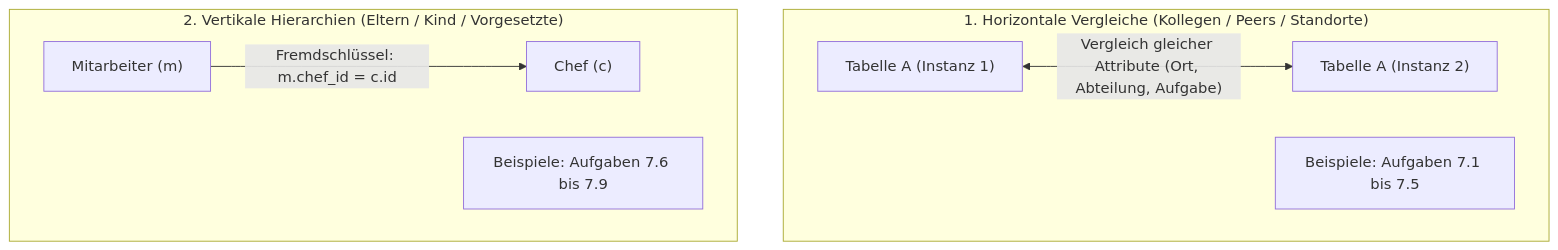
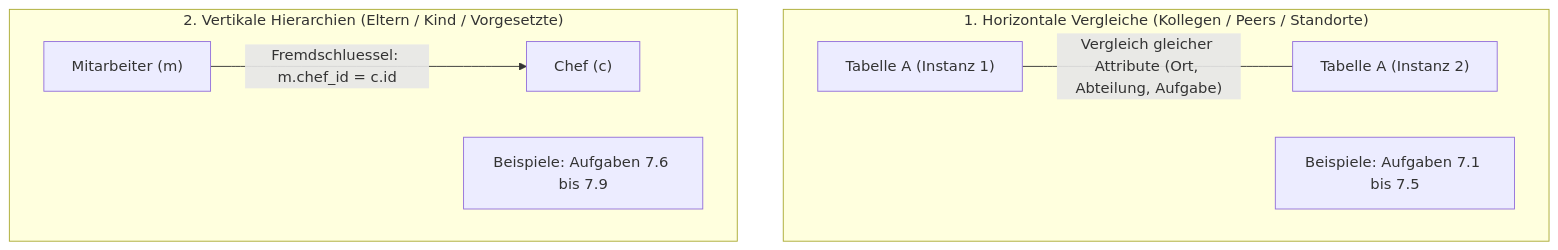
One commit to T-Boyke/SQL-Fundamentals changed the fourth of 5 diagrams in Day_16/readme.md. Above: the diagram before and after it, drawn with Mermaid. The commit also changed other lines of this file, not shown here.

Commit message:
fix(day16): sanitize mermaid diagrams syntax by removing html tags and complex classes for universal rendering

````diff
--- a/Day_16/readme.md
+++ b/Day_16/readme.md
@@ -113,12 +108,12 @@
 ```mermaid
 flowchart TD
     subgraph MusterA["1. Horizontale Vergleiche (Kollegen / Peers / Standorte)"]
-        H1["Tabelle A (Instanz 1)"] <-->|"Vergleich gleicher Attribute (Ort, Abteilung, Aufgabe)"| H2["Tabelle A (Instanz 2)"]
+        H1["Tabelle A (Instanz 1)"] ---|"Vergleich gleicher Attribute (Ort, Abteilung, Aufgabe)"| H2["Tabelle A (Instanz 2)"]
         H3["Beispiele: Aufgaben 7.1 bis 7.5"]
     end
 
     subgraph MusterB["2. Vertikale Hierarchien (Eltern / Kind / Vorgesetzte)"]
-        V1["Mitarbeiter (m)"] -->|"Fremdschlüssel: m.chef_id = c.id"| V2["Chef (c)"]
+        V1["Mitarbeiter (m)"] -->|"Fremdschluessel: m.chef_id = c.id"| V2["Chef (c)"]
         V3["Beispiele: Aufgaben 7.6 bis 7.9"]
     end
 ```
````
